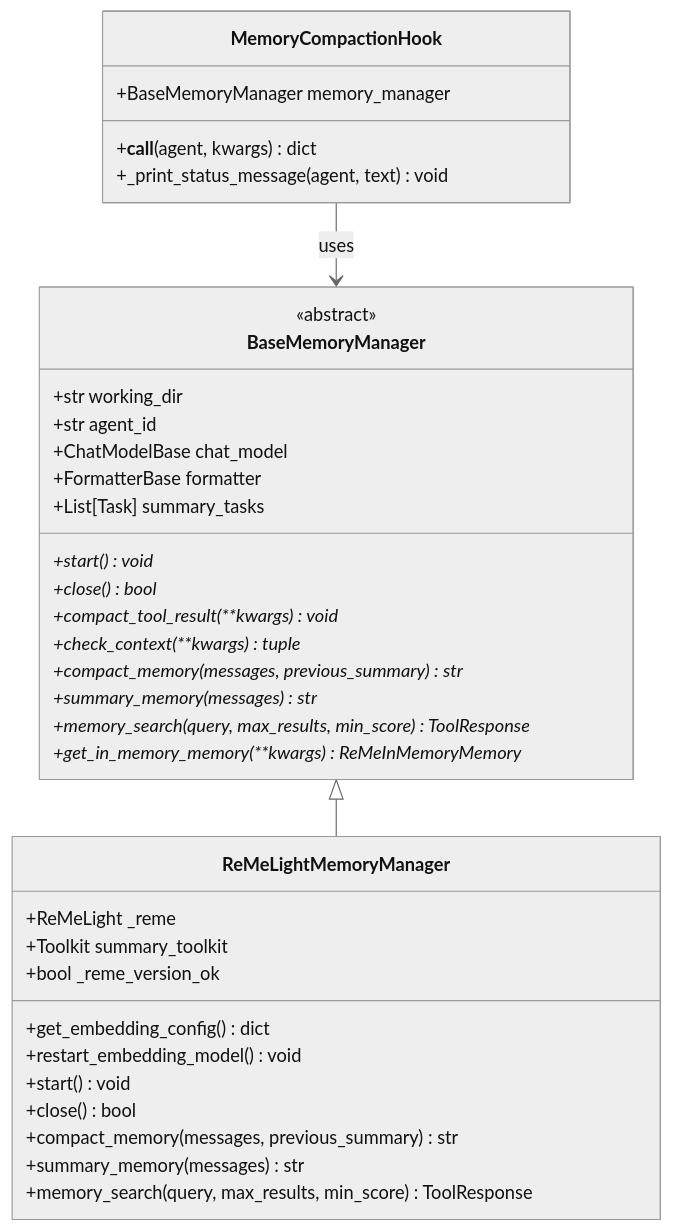
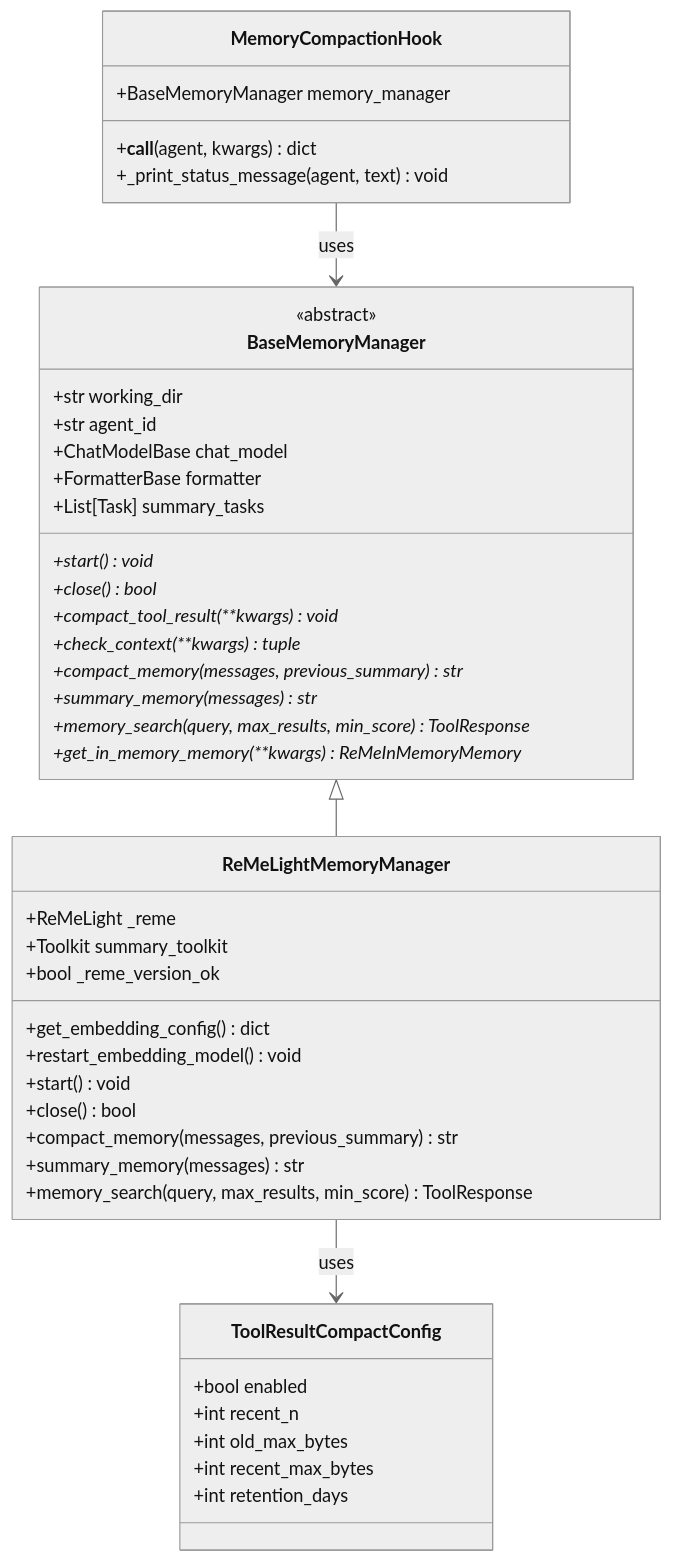
One commit to livehl/CoPaw changed the third of 10 diagrams in .qoder/repowiki/zh/content/后端核心模块/上下文管理重构.md. Above: the diagram before and after it, drawn with Mermaid (neutral theme). The commit also changed other lines of this file and 12 other files, not shown here.

````diff
--- a/.qoder/repowiki/zh/content/后端核心模块/上下文管理重构.md
+++ b/.qoder/repowiki/zh/content/后端核心模块/上下文管理重构.md
@@ -123,38 +152,46 @@
 ```mermaid
 classDiagram
 class BaseMemoryManager {
 <<abstract>>
 +str working_dir
 +str agent_id
 +ChatModelBase chat_model
 +FormatterBase formatter
 +List[Task] summary_tasks
 +start() void*
 +close() bool*
 +compact_tool_result(**kwargs) void*
 +check_context(**kwargs) tuple*
 +compact_memory(messages, previous_summary) str*
 +summary_memory(messages) str*
 +memory_search(query, max_results, min_score) ToolResponse*
 +get_in_memory_memory(**kwargs) ReMeInMemoryMemory*
 }
 class ReMeLightMemoryManager {
 +ReMeLight _reme
 +Toolkit summary_toolkit
 +bool _reme_version_ok
 +get_embedding_config() dict
 +restart_embedding_model() void
 +start() void
 +close() bool
 +compact_memory(messages, previous_summary) str
 +summary_memory(messages) str
 +memory_search(query, max_results, min_score) ToolResponse
 }
 class MemoryCompactionHook {
 +BaseMemoryManager memory_manager
 +__call__(agent, kwargs) dict
 +_print_status_message(agent, text) void
 }
+class ToolResultCompactConfig {
++bool enabled
++int recent_n
++int old_max_bytes
++int recent_max_bytes
++int retention_days
+}
 BaseMemoryManager <|-- ReMeLightMemoryManager
 MemoryCompactionHook --> BaseMemoryManager : uses
+ReMeLightMemoryManager --> ToolResultCompactConfig : uses
 ```
````
